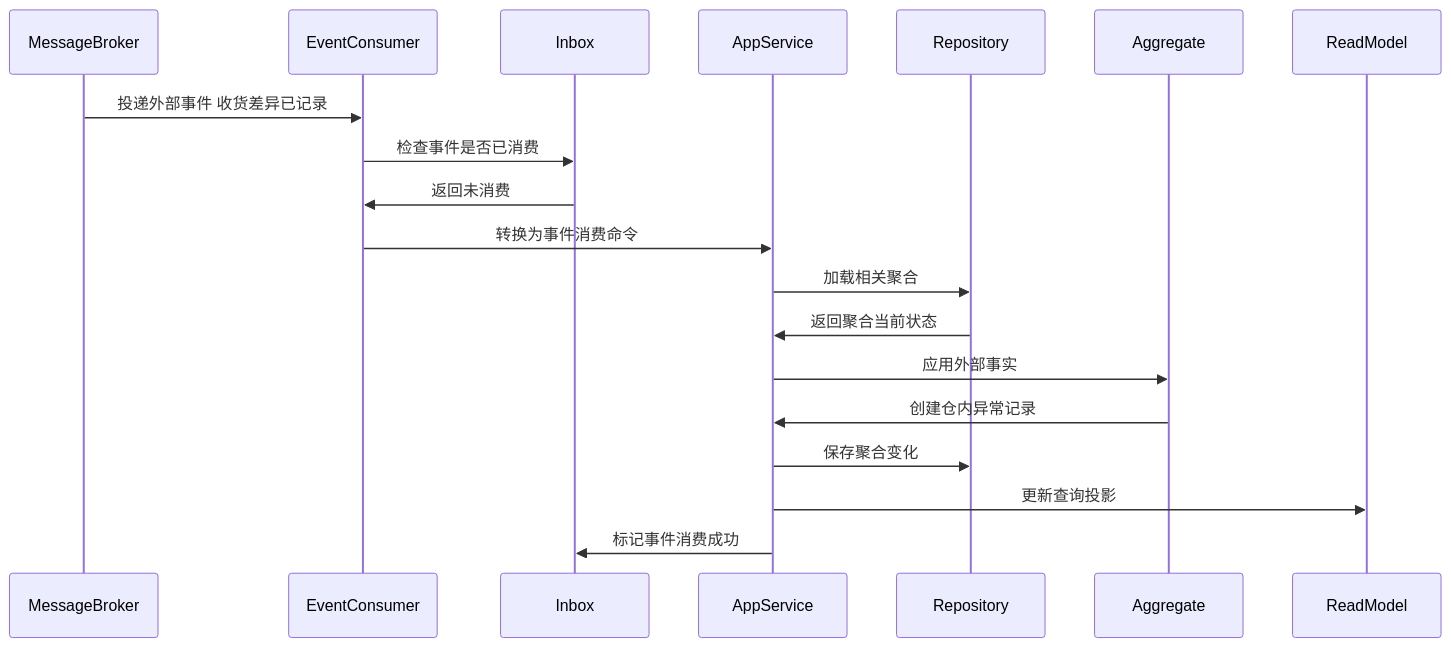
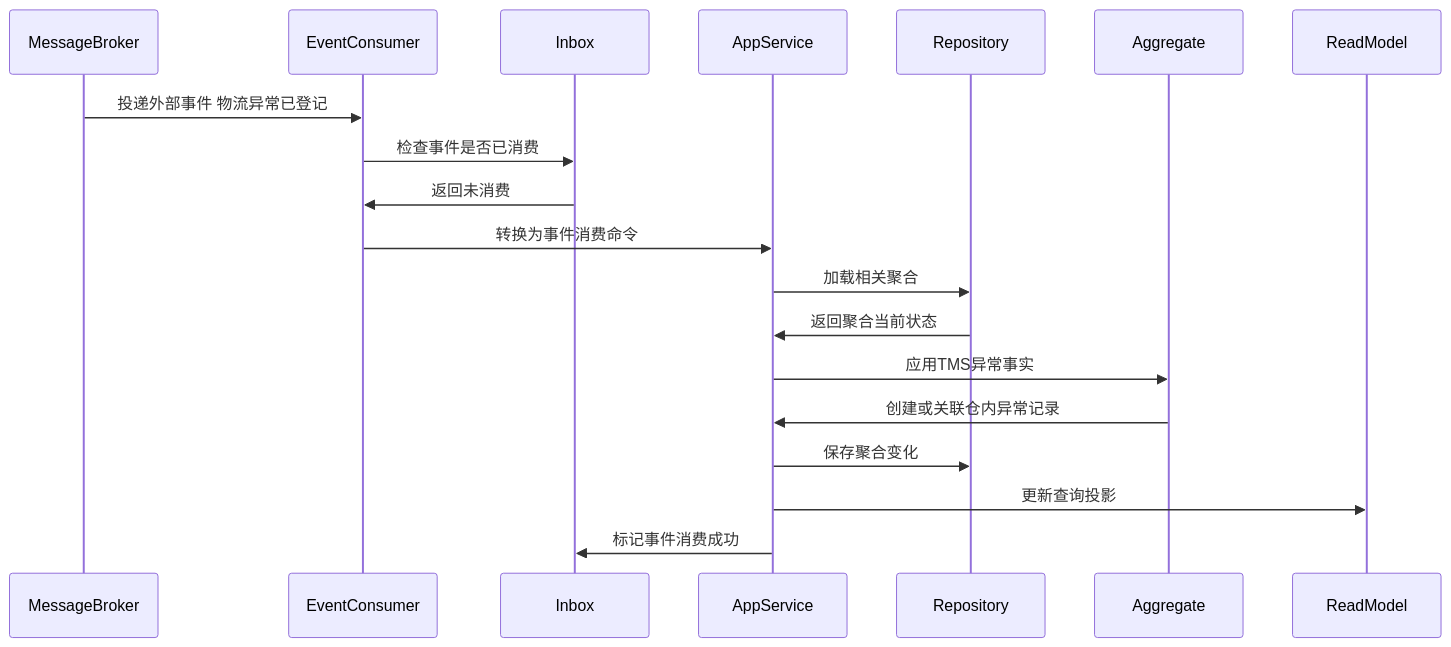
The fifth of 6 diagrams in docs/03-核心业务模型/03-WMS领域模型/14-仓内异常聚合CQRS设计.md (chao1927/scm), drawn with Mermaid before and after one commit. The commit also changed other lines of this file and 118 other files, not shown here.

````diff
--- a/docs/03-核心业务模型/03-WMS领域模型/14-仓内异常聚合CQRS设计.md
+++ b/docs/03-核心业务模型/03-WMS领域模型/14-仓内异常聚合CQRS设计.md
@@ -233,22 +240,22 @@
 ```mermaid
 sequenceDiagram
     participant MessageBroker
     participant EventConsumer
     participant Inbox
     participant AppService
     participant Repository
     participant Aggregate
     participant ReadModel
 
-    MessageBroker->>EventConsumer: 投递外部事件 收货差异已记录
+    MessageBroker->>EventConsumer: 投递外部事件 物流异常已登记
     EventConsumer->>Inbox: 检查事件是否已消费
     Inbox->>EventConsumer: 返回未消费
     EventConsumer->>AppService: 转换为事件消费命令
     AppService->>Repository: 加载相关聚合
     Repository->>AppService: 返回聚合当前状态
-    AppService->>Aggregate: 应用外部事实
-    Aggregate->>AppService: 创建仓内异常记录
+    AppService->>Aggregate: 应用TMS异常事实
+    Aggregate->>AppService: 创建或关联仓内异常记录
     AppService->>Repository: 保存聚合变化
     AppService->>ReadModel: 更新查询投影
     AppService->>Inbox: 标记事件消费成功
 ```
````
